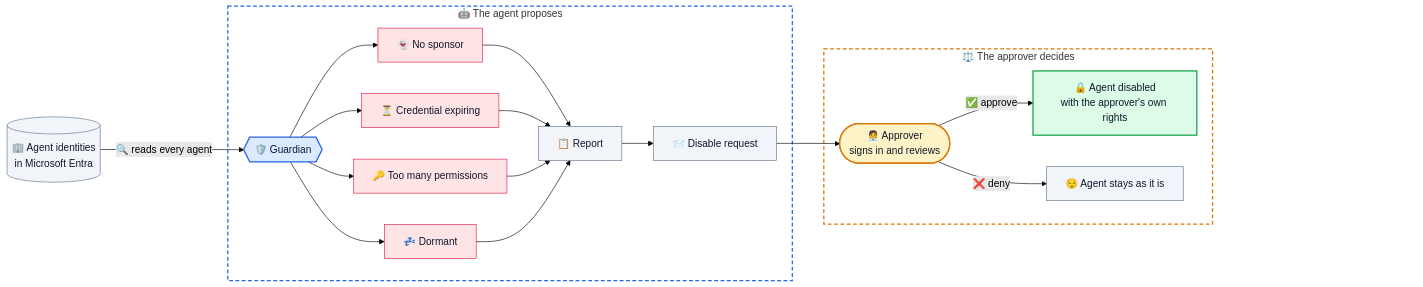
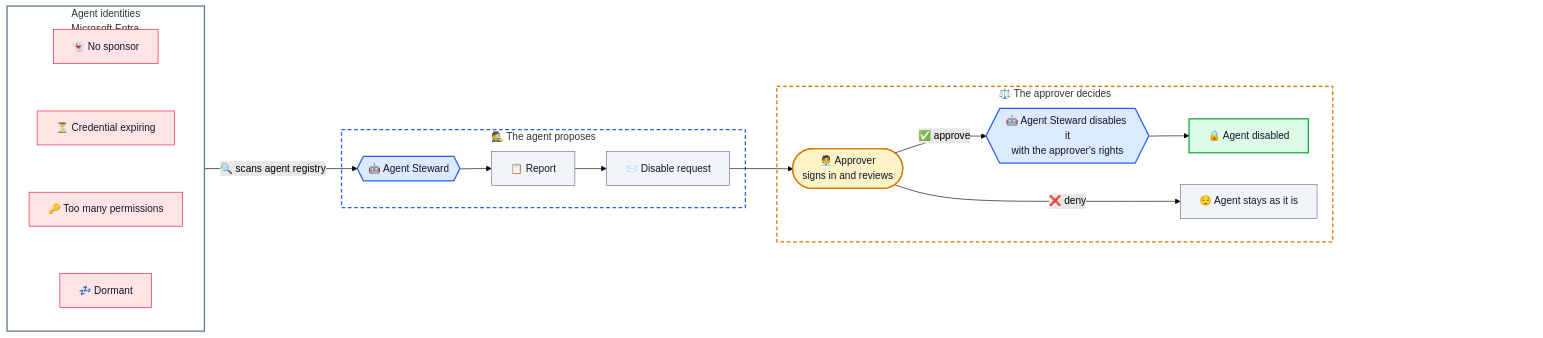
Before and after one commit to alireza-mpr/agent-steward: the first of 2 diagrams in README.md, drawn with Mermaid (forest theme).

Commit message:
Updated the diagram

````diff
--- a/README.md
+++ b/README.md
@@ -15,48 +15,53 @@
 ```mermaid
 flowchart LR
-    TENANT[("🏢 Agent identities<br/>in Microsoft Entra")]
-
-    subgraph PROPOSE["🤖 The agent proposes"]
-        GUARD{{"🛡️ Guardian"}}
+    subgraph TENANT["Agent identities <br/> Microsoft Entra"]
+        direction TB
         F1["👻 No sponsor"]
         F2["⏳ Credential expiring"]
         F3["🔑 Too many permissions"]
         F4["💤 Dormant"]
+        F1 ~~~ F2 ~~~ F3 ~~~ F4
+    end
+
+    subgraph PROPOSE["🕵️ The agent proposes"]
+        GUARD{{"🤖 Agent Steward"}}
         REPORT["📋 Report"]
         ASK["📨 Disable request"]
-        GUARD --> F1 & F2 & F3 & F4
-        F1 & F2 & F3 & F4 --> REPORT
+        GUARD --> REPORT
         REPORT --> ASK
     end
 
     subgraph DECIDE["⚖️ The approver decides"]
         HUMAN(["🧑‍💼 Approver<br/>signs in and reviews"])
-        DISABLED["🔒 Agent disabled<br/>with the approver's own rights"]
+        ACT{{"🤖 Agent Steward disables it<br/>with the approver's rights"}}
+        DISABLED["🔒 Agent disabled"]
         STAYS["😌 Agent stays as it is"]
-        HUMAN -- "✅ approve" --> DISABLED
+        HUMAN -- "✅ approve" --> ACT
+        ACT --> DISABLED
         HUMAN -- "❌ deny" --> STAYS
     end
 
-    TENANT -- "🔍 reads every agent" --> GUARD
+    TENANT -- "🔍 scans agent registry" --> GUARD
     ASK --> HUMAN
 
     %% An invisible box on the far right: GitHub's zoom buttons sit on it, not on the picture
     PAD["________________________"]
     DISABLED ~~~ PAD
     STAYS ~~~ PAD
 
     classDef agent fill:#dbeafe,stroke:#2563eb,stroke-width:2px,color:#0f172a
     classDef risk fill:#ffe4e6,stroke:#e11d48,color:#0f172a
     classDef human fill:#fef3c7,stroke:#d97706,stroke-width:2px,color:#0f172a
     classDef good fill:#dcfce7,stroke:#16a34a,stroke-width:2px,color:#0f172a
     classDef calm fill:#f1f5f9,stroke:#64748b,color:#0f172a
     classDef spacer fill:none,stroke:none,color:transparent
-    class GUARD agent
+    class GUARD,ACT agent
     class F1,F2,F3,F4 risk
     class HUMAN human
     class DISABLED good
-    class TENANT,REPORT,ASK,STAYS calm
+    class REPORT,ASK,STAYS calm
     class PAD spacer
     style PROPOSE fill:transparent,stroke:#2563eb,stroke-width:2px,stroke-dasharray: 6 4
     style DECIDE fill:transparent,stroke:#d97706,stroke-width:2px,stroke-dasharray: 6 4
+    style TENANT fill:transparent,stroke:#64748b,stroke-width:2px
 ```
````
